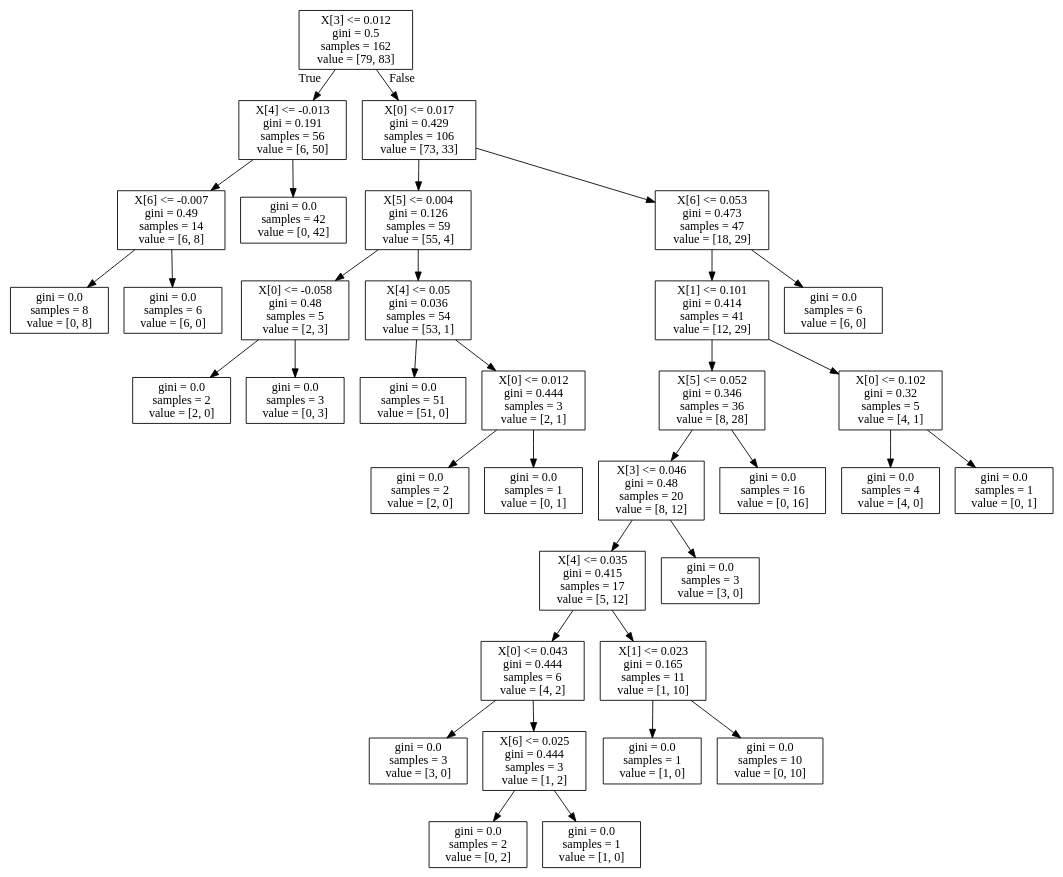
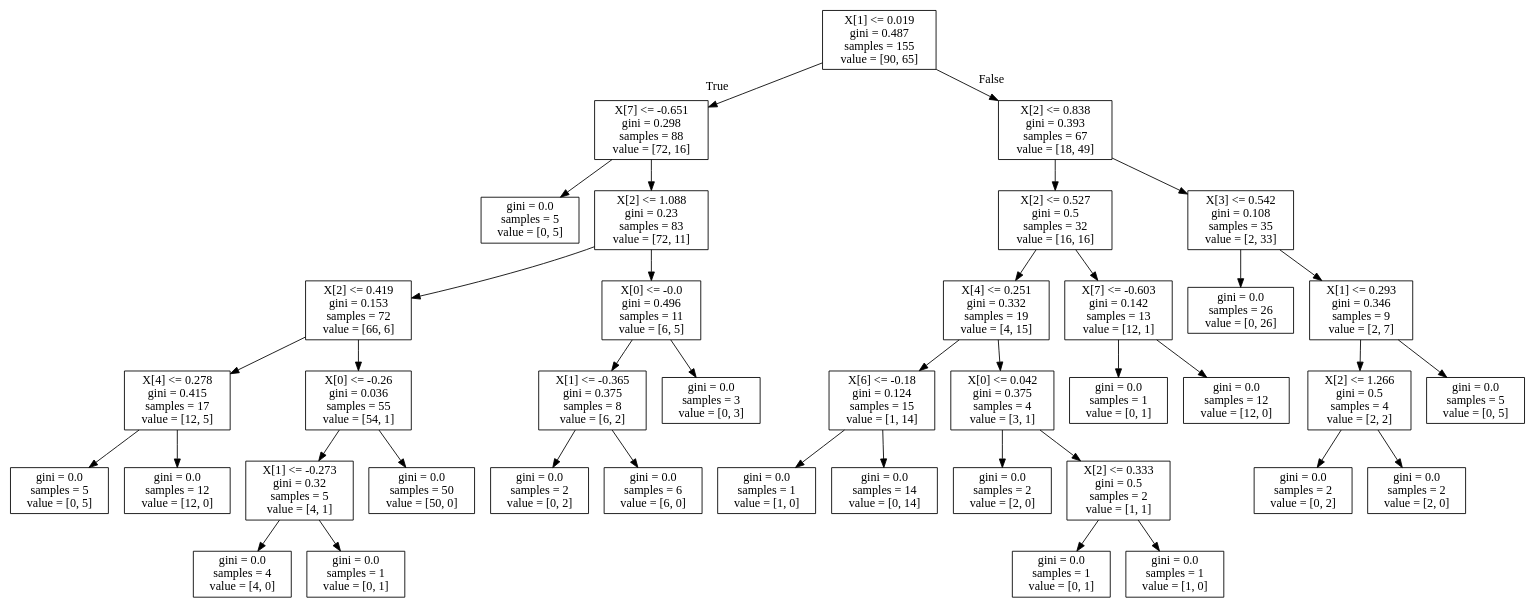
One commit to LimboRift/wkzq changed the diagram in tre.dot. Above: the diagram before and after it, drawn with Graphviz. The commit also changed 34 other files, not shown here.

```diff
--- a/tre.dot
+++ b/tre.dot
@@ -1,72 +1,80 @@
 digraph Tree {
 node [shape=box] ;
-0 [label="X[3] <= 0.012\ngini = 0.5\nsamples = 162\nvalue = [79, 83]"] ;
-1 [label="X[4] <= -0.013\ngini = 0.191\nsamples = 56\nvalue = [6, 50]"] ;
+0 [label="X[1] <= 0.019\ngini = 0.487\nsamples = 155\nvalue = [90, 65]"] ;
+1 [label="X[7] <= -0.651\ngini = 0.298\nsamples = 88\nvalue = [72, 16]"] ;
 0 -> 1 [labeldistance=2.5, labelangle=45, headlabel="True"] ;
-2 [label="X[6] <= -0.007\ngini = 0.49\nsamples = 14\nvalue = [6, 8]"] ;
+2 [label="gini = 0.0\nsamples = 5\nvalue = [0, 5]"] ;
 1 -> 2 ;
-3 [label="gini = 0.0\nsamples = 8\nvalue = [0, 8]"] ;
-2 -> 3 ;
-4 [label="gini = 0.0\nsamples = 6\nvalue = [6, 0]"] ;
-2 -> 4 ;
-5 [label="gini = 0.0\nsamples = 42\nvalue = [0, 42]"] ;
-1 -> 5 ;
-6 [label="X[0] <= 0.017\ngini = 0.429\nsamples = 106\nvalue = [73, 33]"] ;
-0 -> 6 [labeldistance=2.5, labelangle=-45, headlabel="False"] ;
-7 [label="X[5] <= 0.004\ngini = 0.126\nsamples = 59\nvalue = [55, 4]"] ;
-6 -> 7 ;
-8 [label="X[0] <= -0.058\ngini = 0.48\nsamples = 5\nvalue = [2, 3]"] ;
-7 -> 8 ;
-9 [label="gini = 0.0\nsamples = 2\nvalue = [2, 0]"] ;
+3 [label="X[2] <= 1.088\ngini = 0.23\nsamples = 83\nvalue = [72, 11]"] ;
+1 -> 3 ;
+4 [label="X[2] <= 0.419\ngini = 0.153\nsamples = 72\nvalue = [66, 6]"] ;
+3 -> 4 ;
+5 [label="X[4] <= 0.278\ngini = 0.415\nsamples = 17\nvalue = [12, 5]"] ;
+4 -> 5 ;
+6 [label="gini = 0.0\nsamples = 5\nvalue = [0, 5]"] ;
+5 -> 6 ;
+7 [label="gini = 0.0\nsamples = 12\nvalue = [12, 0]"] ;
+5 -> 7 ;
+8 [label="X[0] <= -0.26\ngini = 0.036\nsamples = 55\nvalue = [54, 1]"] ;
+4 -> 8 ;
+9 [label="X[1] <= -0.273\ngini = 0.32\nsamples = 5\nvalue = [4, 1]"] ;
 8 -> 9 ;
-10 [label="gini = 0.0\nsamples = 3\nvalue = [0, 3]"] ;
-8 -> 10 ;
-11 [label="X[4] <= 0.05\ngini = 0.036\nsamples = 54\nvalue = [53, 1]"] ;
-7 -> 11 ;
-12 [label="gini = 0.0\nsamples = 51\nvalue = [51, 0]"] ;
-11 -> 12 ;
-13 [label="X[0] <= 0.012\ngini = 0.444\nsamples = 3\nvalue = [2, 1]"] ;
-11 -> 13 ;
-14 [label="gini = 0.0\nsamples = 2\nvalue = [2, 0]"] ;
+10 [label="gini = 0.0\nsamples = 4\nvalue = [4, 0]"] ;
+9 -> 10 ;
+11 [label="gini = 0.0\nsamples = 1\nvalue = [0, 1]"] ;
+9 -> 11 ;
+12 [label="gini = 0.0\nsamples = 50\nvalue = [50, 0]"] ;
+8 -> 12 ;
+13 [label="X[0] <= -0.0\ngini = 0.496\nsamples = 11\nvalue = [6, 5]"] ;
+3 -> 13 ;
+14 [label="X[1] <= -0.365\ngini = 0.375\nsamples = 8\nvalue = [6, 2]"] ;
 13 -> 14 ;
-15 [label="gini = 0.0\nsamples = 1\nvalue = [0, 1]"] ;
-13 -> 15 ;
-16 [label="X[6] <= 0.053\ngini = 0.473\nsamples = 47\nvalue = [18, 29]"] ;
-6 -> 16 ;
-17 [label="X[1] <= 0.101\ngini = 0.414\nsamples = 41\nvalue = [12, 29]"] ;
-16 -> 17 ;
-18 [label="X[5] <= 0.052\ngini = 0.346\nsamples = 36\nvalue = [8, 28]"] ;
-17 -> 18 ;
-19 [label="X[3] <= 0.046\ngini = 0.48\nsamples = 20\nvalue = [8, 12]"] ;
+15 [label="gini = 0.0\nsamples = 2\nvalue = [0, 2]"] ;
+14 -> 15 ;
+16 [label="gini = 0.0\nsamples = 6\nvalue = [6, 0]"] ;
+14 -> 16 ;
+17 [label="gini = 0.0\nsamples = 3\nvalue = [0, 3]"] ;
+13 -> 17 ;
+18 [label="X[2] <= 0.838\ngini = 0.393\nsamples = 67\nvalue = [18, 49]"] ;
+0 -> 18 [labeldistance=2.5, labelangle=-45, headlabel="False"] ;
+19 [label="X[2] <= 0.527\ngini = 0.5\nsamples = 32\nvalue = [16, 16]"] ;
 18 -> 19 ;
-20 [label="X[4] <= 0.035\ngini = 0.415\nsamples = 17\nvalue = [5, 12]"] ;
+20 [label="X[4] <= 0.251\ngini = 0.332\nsamples = 19\nvalue = [4, 15]"] ;
 19 -> 20 ;
-21 [label="X[0] <= 0.043\ngini = 0.444\nsamples = 6\nvalue = [4, 2]"] ;
+21 [label="X[6] <= -0.18\ngini = 0.124\nsamples = 15\nvalue = [1, 14]"] ;
 20 -> 21 ;
-22 [label="gini = 0.0\nsamples = 3\nvalue = [3, 0]"] ;
+22 [label="gini = 0.0\nsamples = 1\nvalue = [1, 0]"] ;
 21 -> 22 ;
-23 [label="X[6] <= 0.025\ngini = 0.444\nsamples = 3\nvalue = [1, 2]"] ;
+23 [label="gini = 0.0\nsamples = 14\nvalue = [0, 14]"] ;
 21 -> 23 ;
-24 [label="gini = 0.0\nsamples = 2\nvalue = [0, 2]"] ;
-23 -> 24 ;
-25 [label="gini = 0.0\nsamples = 1\nvalue = [1, 0]"] ;
-23 -> 25 ;
-26 [label="X[1] <= 0.023\ngini = 0.165\nsamples = 11\nvalue = [1, 10]"] ;
-20 -> 26 ;
-27 [label="gini = 0.0\nsamples = 1\nvalue = [1, 0]"] ;
+24 [label="X[0] <= 0.042\ngini = 0.375\nsamples = 4\nvalue = [3, 1]"] ;
+20 -> 24 ;
+25 [label="gini = 0.0\nsamples = 2\nvalue = [2, 0]"] ;
+24 -> 25 ;
+26 [label="X[2] <= 0.333\ngini = 0.5\nsamples = 2\nvalue = [1, 1]"] ;
+24 -> 26 ;
+27 [label="gini = 0.0\nsamples = 1\nvalue = [0, 1]"] ;
 26 -> 27 ;
-28 [label="gini = 0.0\nsamples = 10\nvalue = [0, 10]"] ;
+28 [label="gini = 0.0\nsamples = 1\nvalue = [1, 0]"] ;
 26 -> 28 ;
-29 [label="gini = 0.0\nsamples = 3\nvalue = [3, 0]"] ;
+29 [label="X[7] <= -0.603\ngini = 0.142\nsamples = 13\nvalue = [12, 1]"] ;
 19 -> 29 ;
-30 [label="gini = 0.0\nsamples = 16\nvalue = [0, 16]"] ;
-18 -> 30 ;
-31 [label="X[0] <= 0.102\ngini = 0.32\nsamples = 5\nvalue = [4, 1]"] ;
-17 -> 31 ;
-32 [label="gini = 0.0\nsamples = 4\nvalue = [4, 0]"] ;
-31 -> 32 ;
-33 [label="gini = 0.0\nsamples = 1\nvalue = [0, 1]"] ;
-31 -> 33 ;
-34 [label="gini = 0.0\nsamples = 6\nvalue = [6, 0]"] ;
-16 -> 34 ;
+30 [label="gini = 0.0\nsamples = 1\nvalue = [0, 1]"] ;
+29 -> 30 ;
+31 [label="gini = 0.0\nsamples = 12\nvalue = [12, 0]"] ;
+29 -> 31 ;
+32 [label="X[3] <= 0.542\ngini = 0.108\nsamples = 35\nvalue = [2, 33]"] ;
+18 -> 32 ;
+33 [label="gini = 0.0\nsamples = 26\nvalue = [0, 26]"] ;
+32 -> 33 ;
+34 [label="X[1] <= 0.293\ngini = 0.346\nsamples = 9\nvalue = [2, 7]"] ;
+32 -> 34 ;
+35 [label="X[2] <= 1.266\ngini = 0.5\nsamples = 4\nvalue = [2, 2]"] ;
+34 -> 35 ;
+36 [label="gini = 0.0\nsamples = 2\nvalue = [0, 2]"] ;
+35 -> 36 ;
+37 [label="gini = 0.0\nsamples = 2\nvalue = [2, 0]"] ;
+35 -> 37 ;
+38 [label="gini = 0.0\nsamples = 5\nvalue = [0, 5]"] ;
+34 -> 38 ;
 }
```
